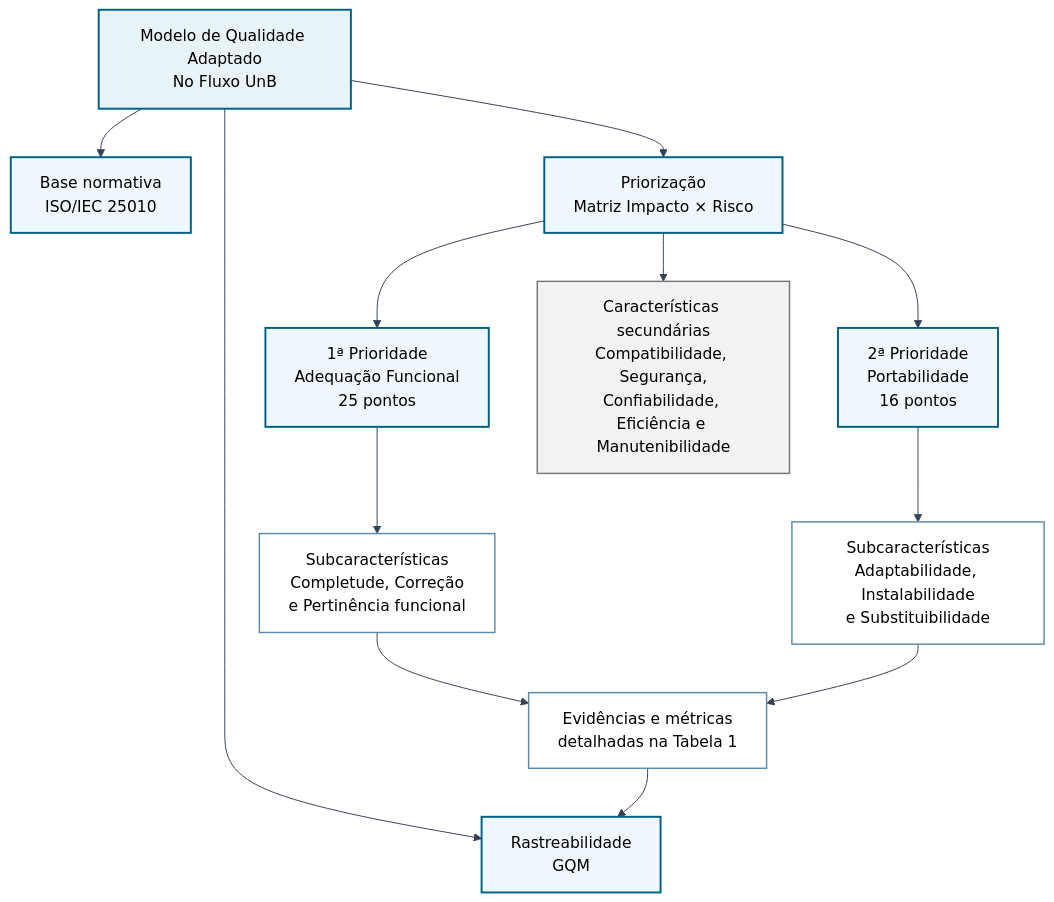
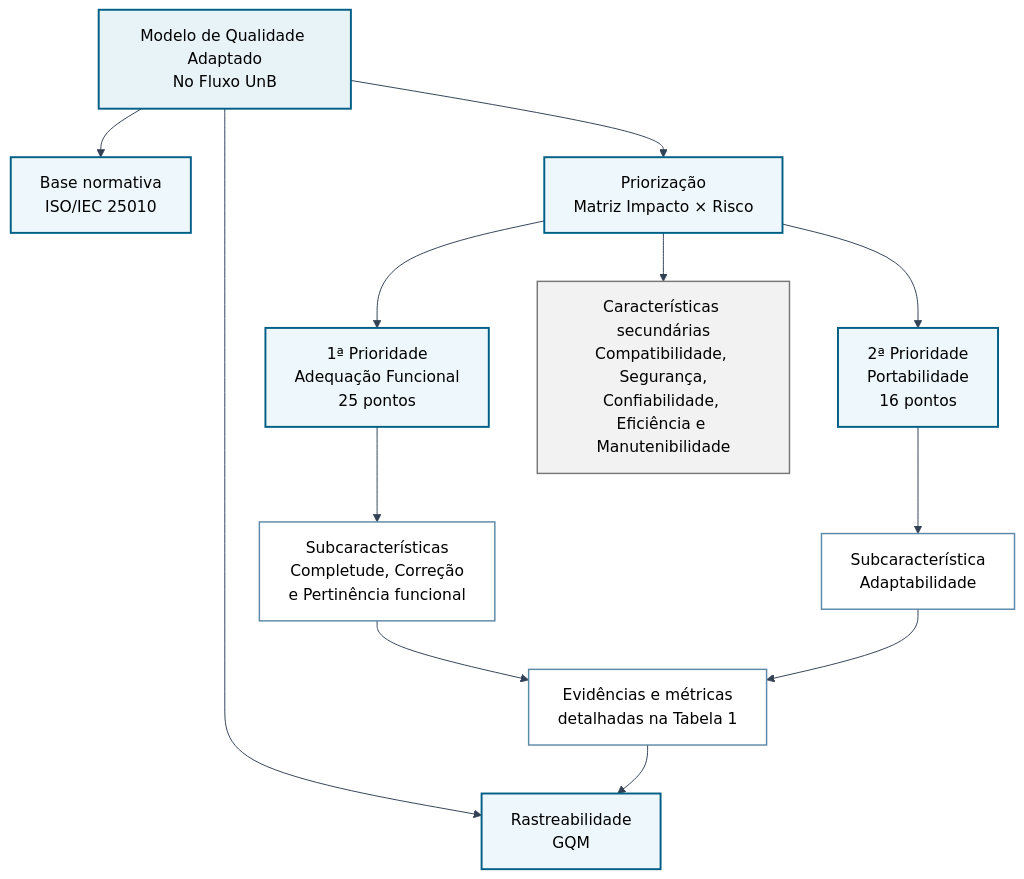
One commit to FCTE-Qualidade-de-Software-1/2026-1_T01_HEDY_LAMAR changed the diagram in docs/fase1/05_modelo_de_qualidade.md. Above: the diagram before and after it, drawn with Mermaid. The commit also changed other lines of this file and 1 other file, not shown here.

Commit message:
<fase2 portabilidade>

````diff
--- a/docs/fase1/05_modelo_de_qualidade.md
+++ b/docs/fase1/05_modelo_de_qualidade.md
@@ -15,30 +15,30 @@
 ```mermaid
 %%{init: {"theme": "base", "themeVariables": {"lineColor": "#334155", "fontFamily": "Arial", "primaryTextColor": "#000000", "secondaryTextColor": "#000000", "tertiaryTextColor": "#000000"}} }%%
 flowchart TD
     A["Modelo de Qualidade Adaptado<br/>No Fluxo UnB"]
 
     A --> ISO["Base normativa<br/>ISO/IEC 25010"]
     A --> PRI["Priorização<br/>Matriz Impacto × Risco"]
     A --> GQM["Rastreabilidade<br/>GQM"]
 
     PRI --> AF["1ª Prioridade<br/>Adequação Funcional<br/>25 pontos"]
     PRI --> PO["2ª Prioridade<br/>Portabilidade<br/>16 pontos"]
     PRI --> SEC["Características secundárias<br/>Compatibilidade, Segurança,<br/>Confiabilidade, Eficiência e Manutenibilidade"]
 
     AF --> AFS["Subcaracterísticas<br/>Completude, Correção<br/>e Pertinência funcional"]
-    PO --> POS["Subcaracterísticas<br/>Adaptabilidade, Instalabilidade<br/>e Substituibilidade"]
+    PO --> POS["Subcaracterística<br/>Adaptabilidade"]
 
     AFS --> EVI["Evidências e métricas<br/>detalhadas na Tabela 1"]
     POS --> EVI
     EVI --> GQM
 
     classDef main fill:#e8f3f8,color:#000000,stroke:#005f86,stroke-width:2px;
     classDef base fill:#eef8fc,color:#000000,stroke:#005f86,stroke-width:2px;
     classDef detail fill:#ffffff,color:#000000,stroke:#5d8aa8,stroke-width:1.5px;
     classDef secondary fill:#f2f2f2,color:#000000,stroke:#777777,stroke-width:1.5px;
 
     class A main;
     class ISO,PRI,GQM,AF,PO base;
     class AFS,POS,EVI detail;
     class SEC secondary;
 ```
````
